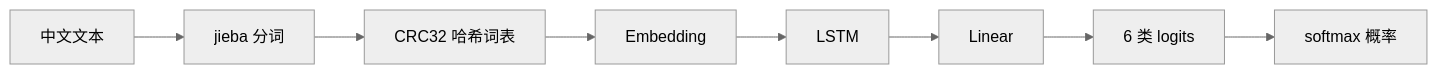
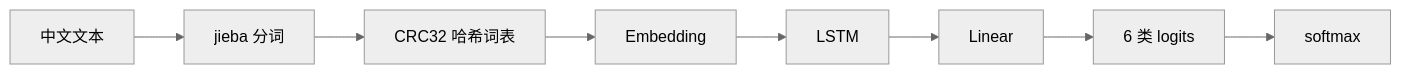
The third of 4 diagrams in slidev/slides.md (Cthaat/SentimentFlow), drawn with Mermaid (neutral theme) before and after one commit. The commit also changed other lines of this file and 3 other files, not shown here.

````diff
--- a/slidev/slides.md
+++ b/slidev/slides.md
@@ -495,10 +764,10 @@
 ```mermaid
 flowchart LR
   A[中文文本] --> B[jieba 分词]
   B --> C[CRC32 哈希词表]
   C --> D[Embedding]
   D --> E[LSTM]
   E --> F[Linear]
   F --> G[6 类 logits]
-  G --> H[softmax 概率]
+  G --> H[softmax]
 ```
````
